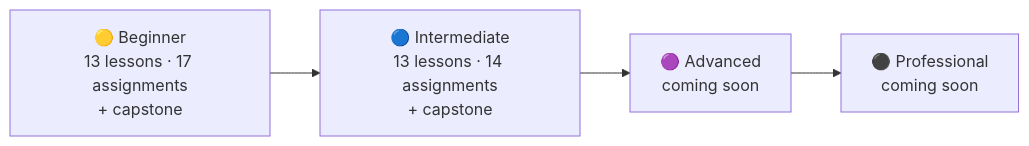
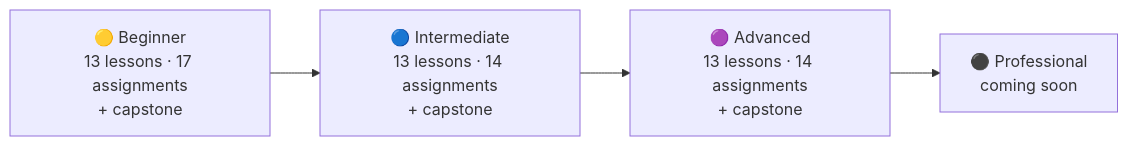
One commit to ExNNeph/python-learning-path changed the first of 2 diagrams in README.md. Above: the diagram before and after it, drawn with Mermaid. The commit also changed other lines of this file, not shown here.

Commit message:
Mark the Advanced level as available: roadmap, layout and progress checklist

````diff
--- a/README.md
+++ b/README.md
@@ -41,6 +41,6 @@
 ```mermaid
 flowchart LR
     B["🟡 Beginner<br/>13 lessons · 17 assignments<br/>+ capstone"] --> I["🔵 Intermediate<br/>13 lessons · 14 assignments<br/>+ capstone"]
-    I --> A["🟣 Advanced<br/>coming soon"]
+    I --> A["🟣 Advanced<br/>13 lessons · 14 assignments<br/>+ capstone"]
     A --> P["⚫ Professional<br/>coming soon"]
 ```
````
